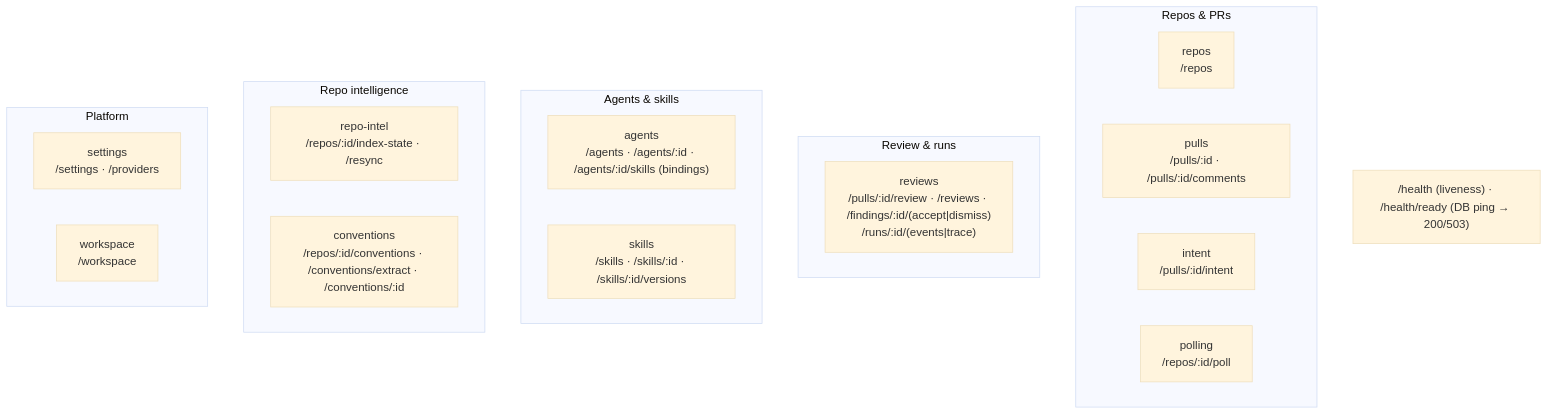
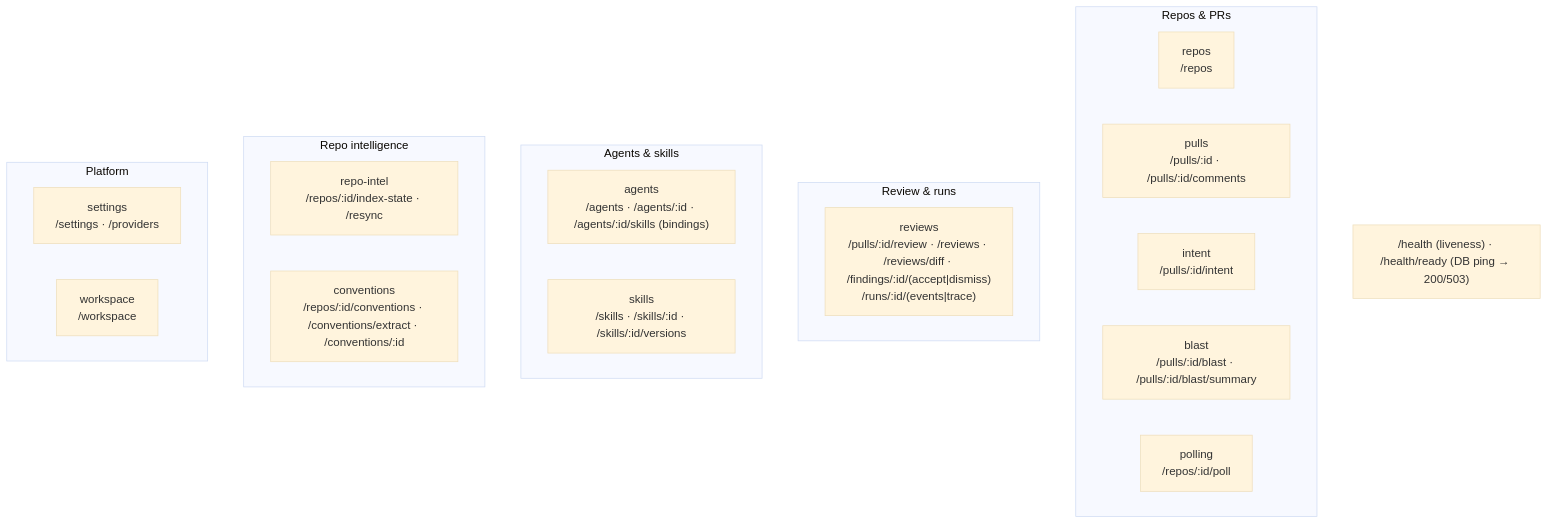
One commit to Holubinka/dev-digest changed the second of 2 diagrams in server/README.md. Above: the diagram before and after it, drawn with Mermaid (base theme). The commit also changed 12 other files, not shown here.

````diff
--- a/server/README.md
+++ b/server/README.md
@@ -64,25 +64,26 @@
 ```mermaid
 flowchart TB
   subgraph Repos_PRs["Repos & PRs"]
     repos["repos<br/>/repos"]
     pulls["pulls<br/>/pulls/:id · /pulls/:id/comments"]
     intent["intent<br/>/pulls/:id/intent"]
+    blast["blast<br/>/pulls/:id/blast · /pulls/:id/blast/summary"]
     polling["polling<br/>/repos/:id/poll"]
   end
   subgraph Review["Review & runs"]
-    reviews["reviews<br/>/pulls/:id/review · /reviews · /findings/:id/(accept|dismiss)<br/>/runs/:id/(events|trace)"]
+    reviews["reviews<br/>/pulls/:id/review · /reviews · /reviews/diff · /findings/:id/(accept|dismiss)<br/>/runs/:id/(events|trace)"]
   end
   subgraph Agents["Agents & skills"]
     agents["agents<br/>/agents · /agents/:id · /agents/:id/skills (bindings)"]
     skills["skills<br/>/skills · /skills/:id · /skills/:id/versions"]
   end
   subgraph Intel["Repo intelligence"]
     repoIntel["repo-intel<br/>/repos/:id/index-state · /resync"]
     conventions["conventions<br/>/repos/:id/conventions · /conventions/extract · /conventions/:id"]
   end
   subgraph Platform["Platform"]
     settings["settings<br/>/settings · /providers"]
     workspace["workspace<br/>/workspace"]
   end
   HEALTH["/health (liveness) · /health/ready (DB ping → 200/503)"]
 ```
````
